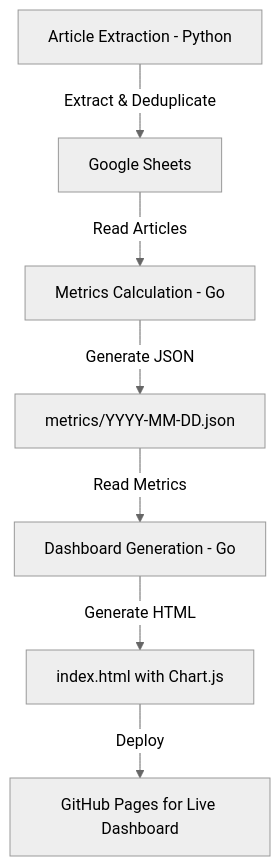
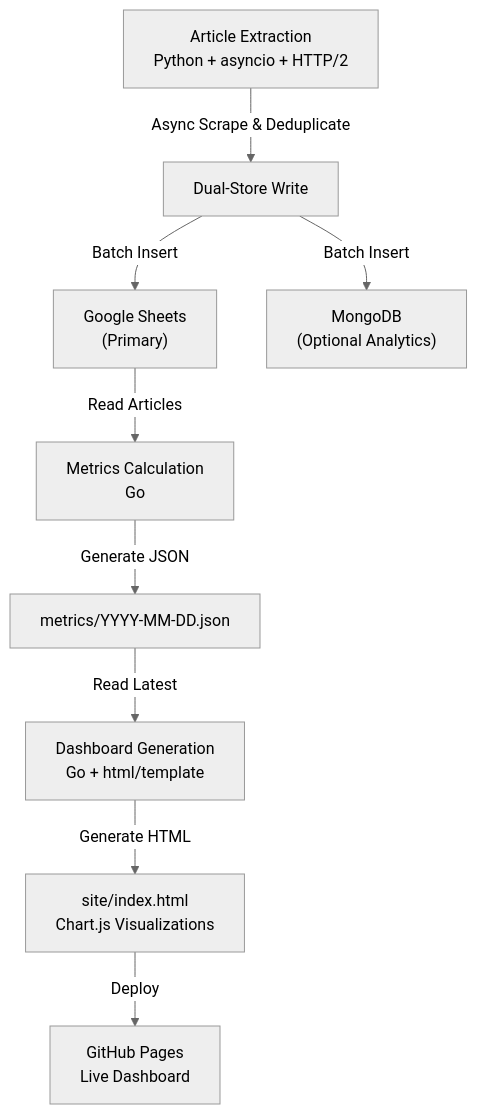
The diagram in README.md (victoriacheng15/personal-reading-analytics), drawn with Mermaid (neutral theme) before and after one commit. The commit also changed other lines of this file, not shown here.

````diff
--- a/README.md
+++ b/README.md
@@ -59,9 +74,11 @@
 ```mermaid
 graph TD
-    A["Article Extraction - Python"] -->|Extract & Deduplicate| B["Google Sheets"]
-    B -->|Read Articles| C["Metrics Calculation - Go"]
-    C -->|Generate JSON| D["metrics/YYYY-MM-DD.json"]
-    D -->|Read Metrics| E["Dashboard Generation - Go"]
-    E -->|Generate HTML| F["index.html with Chart.js"]
-    F -->|Deploy| G["GitHub Pages for Live Dashboard"]
+    A["Article Extraction<br/>Python + asyncio + HTTP/2"] -->|Async Scrape & Deduplicate| B["Dual-Store Write"]
+    B -->|Batch Insert| C["Google Sheets<br/>(Primary)"]
+    B -->|Batch Insert| D["MongoDB<br/>(Optional Analytics)"]
+    C -->|Read Articles| E["Metrics Calculation<br/>Go"]
+    E -->|Generate JSON| F["metrics/YYYY-MM-DD.json"]
+    F -->|Read Latest| G["Dashboard Generation<br/>Go + html/template"]
+    G -->|Generate HTML| H["site/index.html<br/>Chart.js Visualizations"]
+    H -->|Deploy| I["GitHub Pages<br/>Live Dashboard"]
 ```
````
